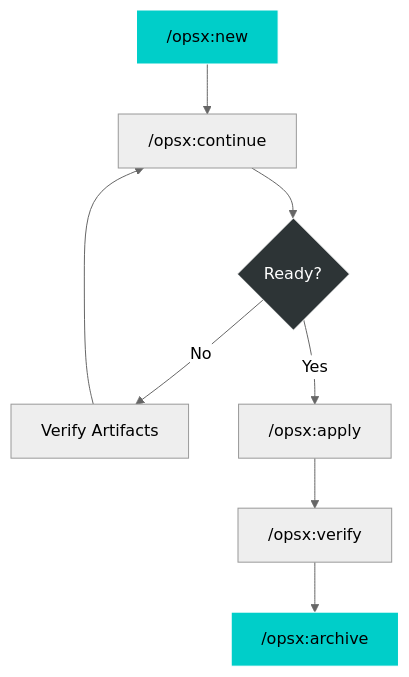
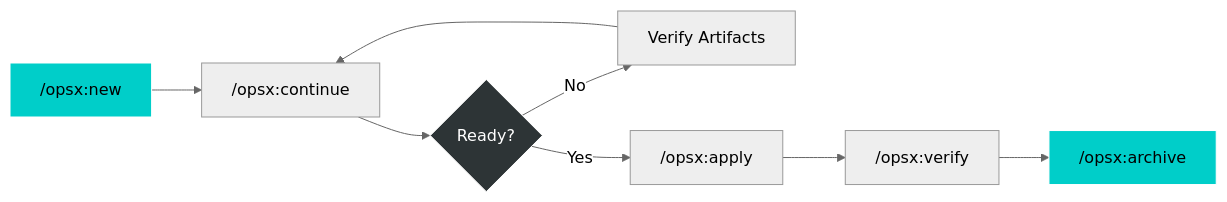
One commit to reflexdemon/tech-talks changed the first of 3 diagrams in presentations/openspec/04_openspec.md. Above: the diagram before and after it, drawn with Mermaid (neutral theme). The commit also changed other lines of this file and 354 other files, not shown here.

````diff
--- a/presentations/openspec/04_openspec.md
+++ b/presentations/openspec/04_openspec.md
@@ -58,16 +58,16 @@
 ```mermaid [fragment]
-flowchart TD
+flowchart LR
     Start["/opsx:new"] --> Cont["/opsx:continue"]
     Cont --> Decision{"Ready?"}
     
     Decision -- "No" --> Verify["Verify Artifacts"]
     Verify --> Cont
     
     Decision -- "Yes" --> Apply["/opsx:apply"]
     Apply --> FinalVerify["/opsx:verify"]
     FinalVerify --> Archive["/opsx:archive"]
 
     style Start fill:#00cec9,color:#000,stroke:#fff
     style Archive fill:#00cec9,color:#000,stroke:#fff
     style Decision fill:#2d3436,stroke:#fff,color:#fff
 ```
````
